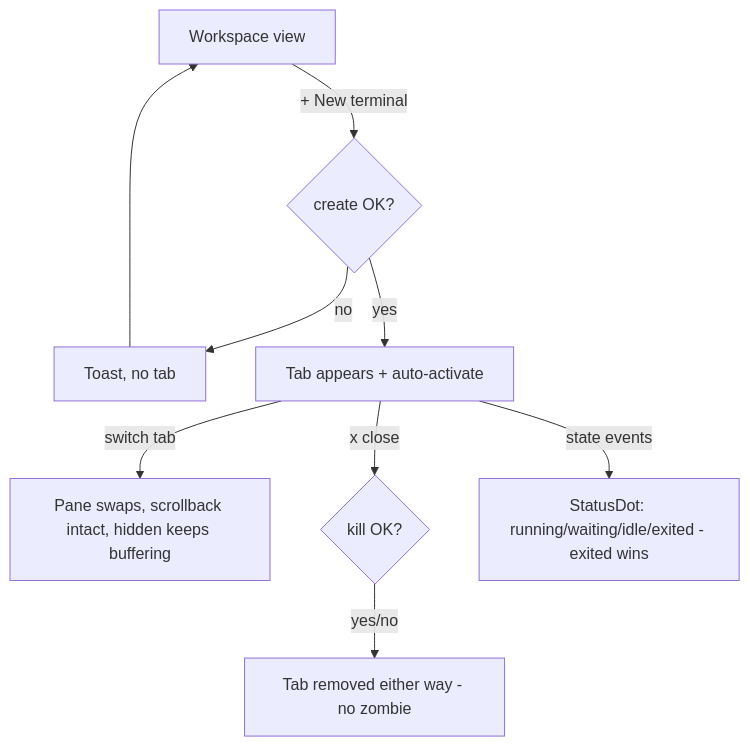
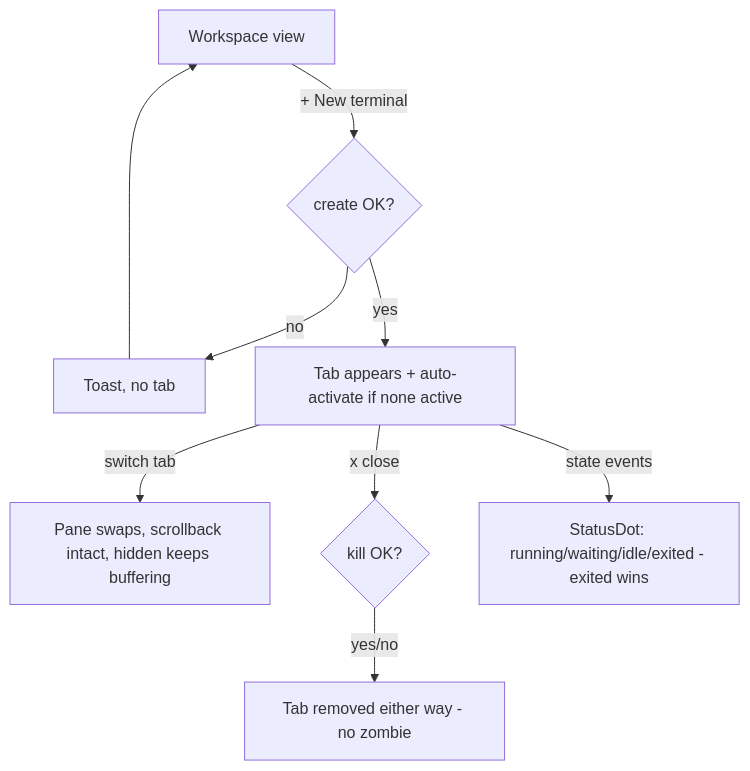
One commit to ssheleg/builder-pro-ai changed the seventh of 26 diagrams in docs/ux/flows.md. Above: the diagram before and after it, drawn with Mermaid. The commit also changed other lines of this file and 5 other files, not shown here.

````diff
--- a/docs/ux/flows.md
+++ b/docs/ux/flows.md
@@ -152,10 +158,10 @@
 ```mermaid
 flowchart TD
   W[Workspace view] -->|+ New terminal| C{create OK?}
   C -->|no| C_err[Toast, no tab] --> W
-  C -->|yes| T[Tab appears + auto-activate]
+  C -->|yes| T[Tab appears + auto-activate if none active]
   T -->|switch tab| T2[Pane swaps, scrollback intact, hidden keeps buffering]
   T -->|x close| K{kill OK?}
   K -->|yes/no| G[Tab removed either way - no zombie]
   T -->|state events| S[StatusDot: running/waiting/idle/exited - exited wins]
 ```
````
